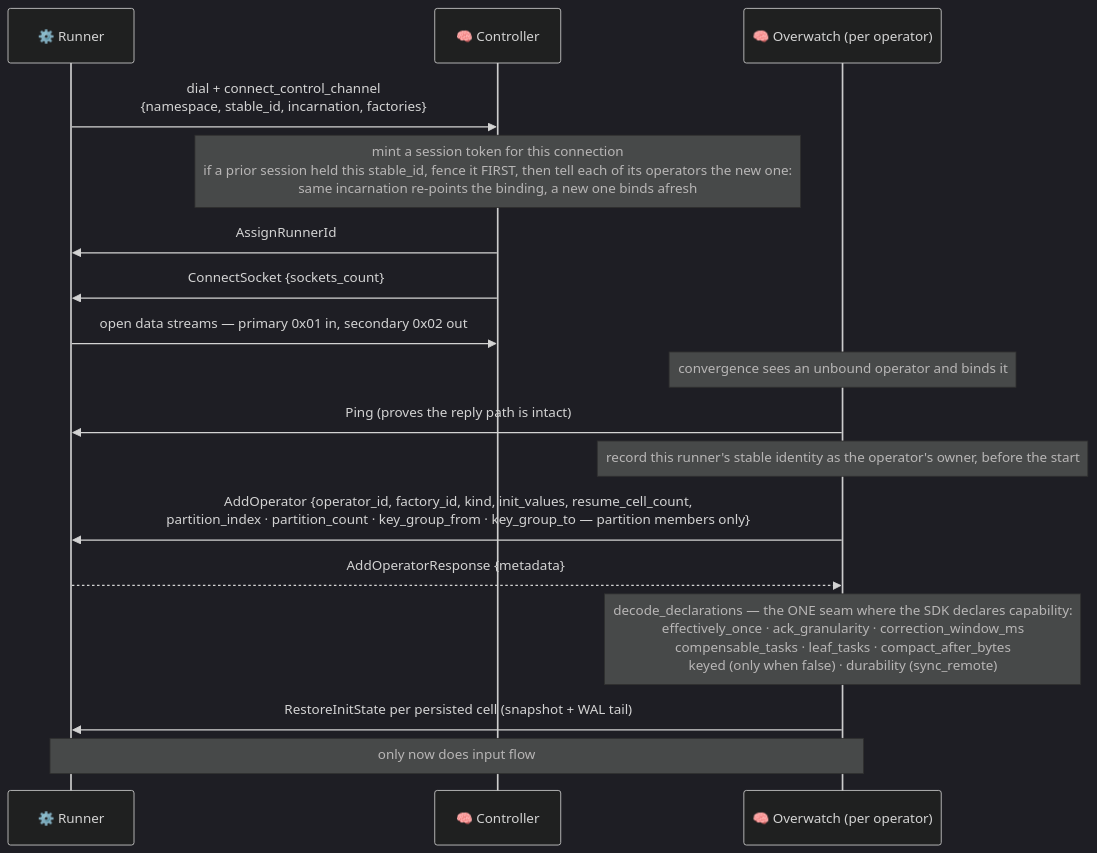
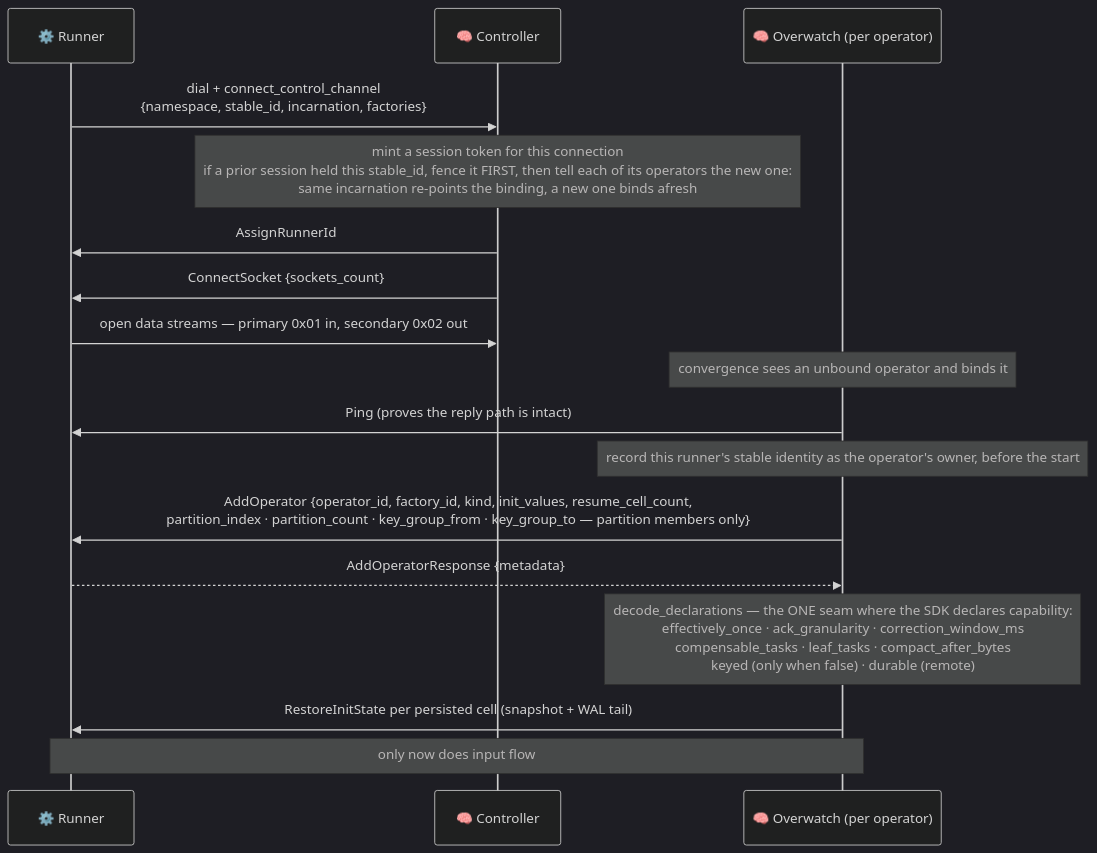
One commit to Flezha/flezha changed the seventh of 9 diagrams in docs/architecture/README.md. Above: the diagram before and after it, drawn with Mermaid (dark theme). The commit also changed other lines of this file and 42 other files, not shown here.

First line of the commit message:
Keep a flow operator's work in the remote copy before acknowledging it

````diff
--- a/docs/architecture/README.md
+++ b/docs/architecture/README.md
@@ -402,21 +402,21 @@
 ```mermaid
 sequenceDiagram
     participant EX as ⚙️ Runner
     participant CTRL as 🧠 Controller
     participant OW as 🧠 Overwatch (per operator)
 
     EX->>CTRL: dial + connect_control_channel<br/>{namespace, stable_id, incarnation, factories}
     Note over CTRL: mint a session token for this connection<br/>if a prior session held this stable_id, fence it FIRST, then tell each of its operators the new one:<br/>same incarnation re-points the binding, a new one binds afresh
     CTRL->>EX: AssignRunnerId
     CTRL->>EX: ConnectSocket {sockets_count}
     EX->>CTRL: open data streams — primary 0x01 in, secondary 0x02 out
 
     Note over OW: convergence sees an unbound operator and binds it
     OW->>EX: Ping (proves the reply path is intact)
     Note over OW: record this runner's stable identity as the operator's owner, before the start
     OW->>EX: AddOperator {operator_id, factory_id, kind, init_values, resume_cell_count,<br/>partition_index · partition_count · key_group_from · key_group_to — partition members only}
     EX-->>OW: AddOperatorResponse {metadata}
-    Note over OW: decode_declarations — the ONE seam where the SDK declares capability:<br/>effectively_once · ack_granularity · correction_window_ms<br/>compensable_tasks · leaf_tasks · compact_after_bytes<br/>keyed (only when false) · durability (sync_remote)
+    Note over OW: decode_declarations — the ONE seam where the SDK declares capability:<br/>effectively_once · ack_granularity · correction_window_ms<br/>compensable_tasks · leaf_tasks · compact_after_bytes<br/>keyed (only when false) · durable (remote)
     OW->>EX: RestoreInitState per persisted cell (snapshot + WAL tail)
     Note over OW,EX: only now does input flow
 ```
````
